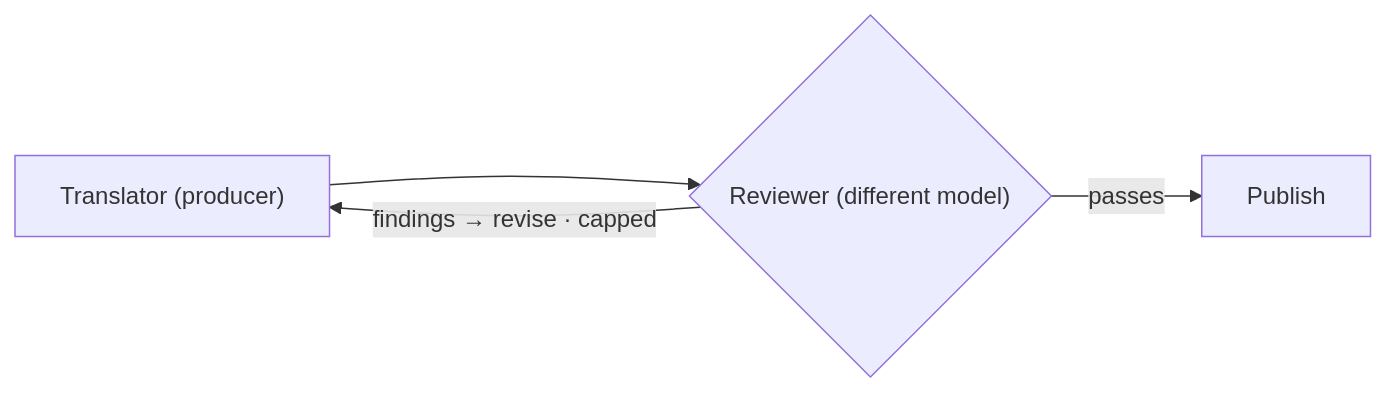
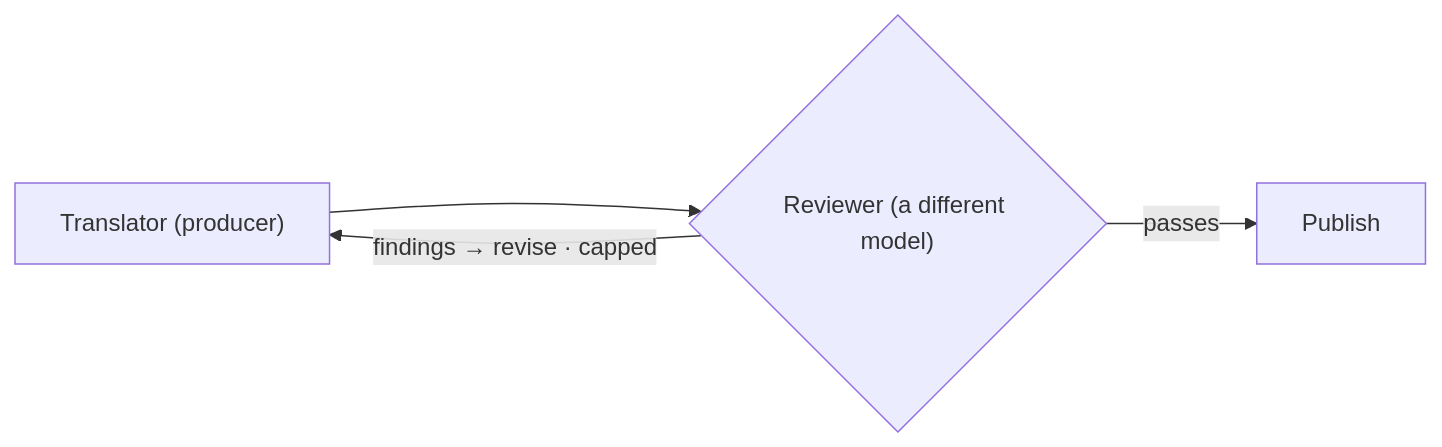
Before and after one commit to kk-engineer/robosathi: the fourth of 6 diagrams in content/en/docs/agentic_ai/agentic_design_patterns.md, drawn with Mermaid. The commit also changed other lines of this file and 15 other files, not shown here.

````diff
--- a/content/en/docs/agentic_ai/agentic_design_patterns.md
+++ b/content/en/docs/agentic_ai/agentic_design_patterns.md
@@ -86,6 +98,6 @@
 ```mermaid
 graph LR
-    P["Translator (producer)"] --> R{"Reviewer (different model)"}
+    P["Translator (producer)"] --> R{"Reviewer (a different model)"}
     R -->|"findings → revise · capped"| P
     R -->|passes| PB[Publish]
 ```
````
